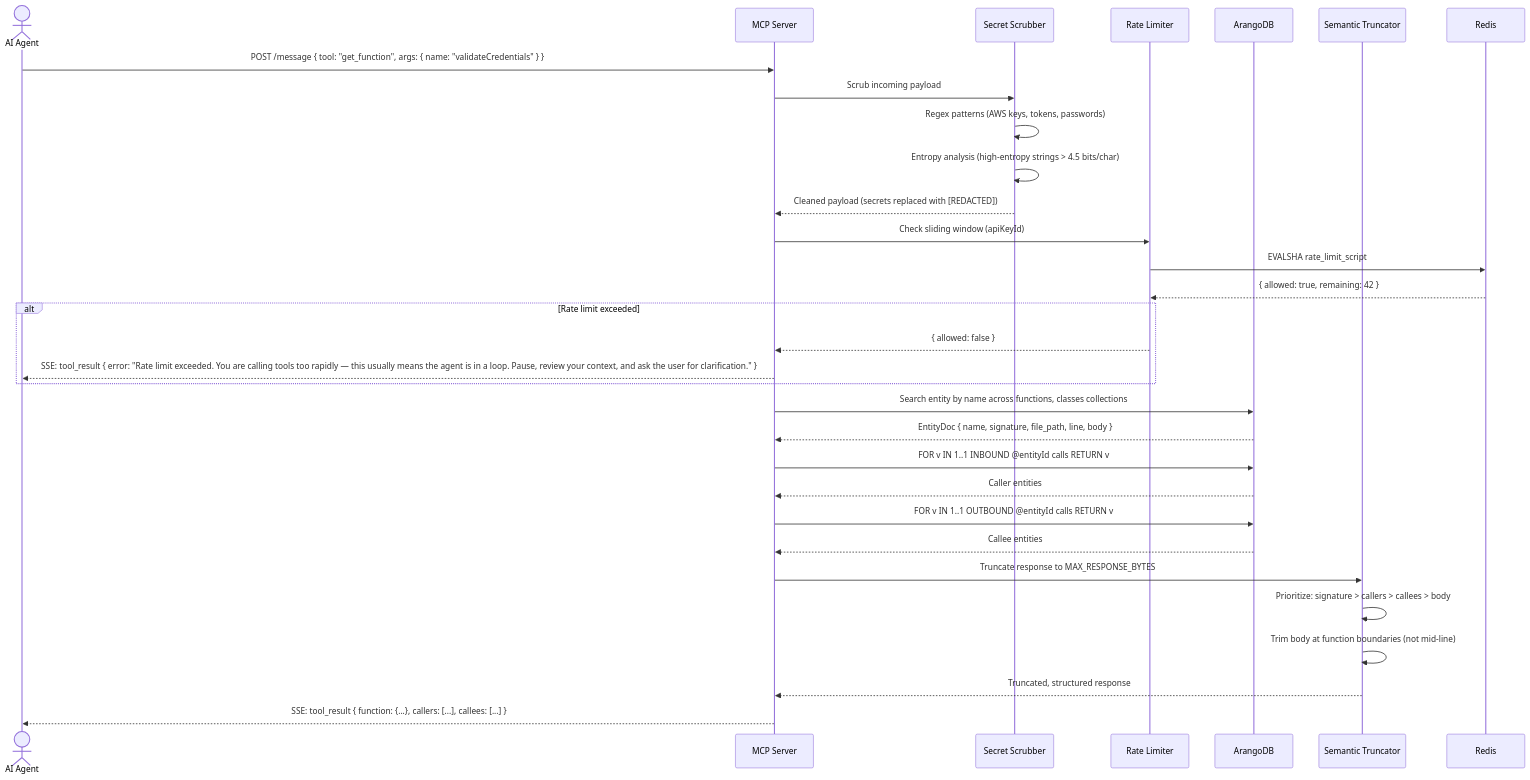
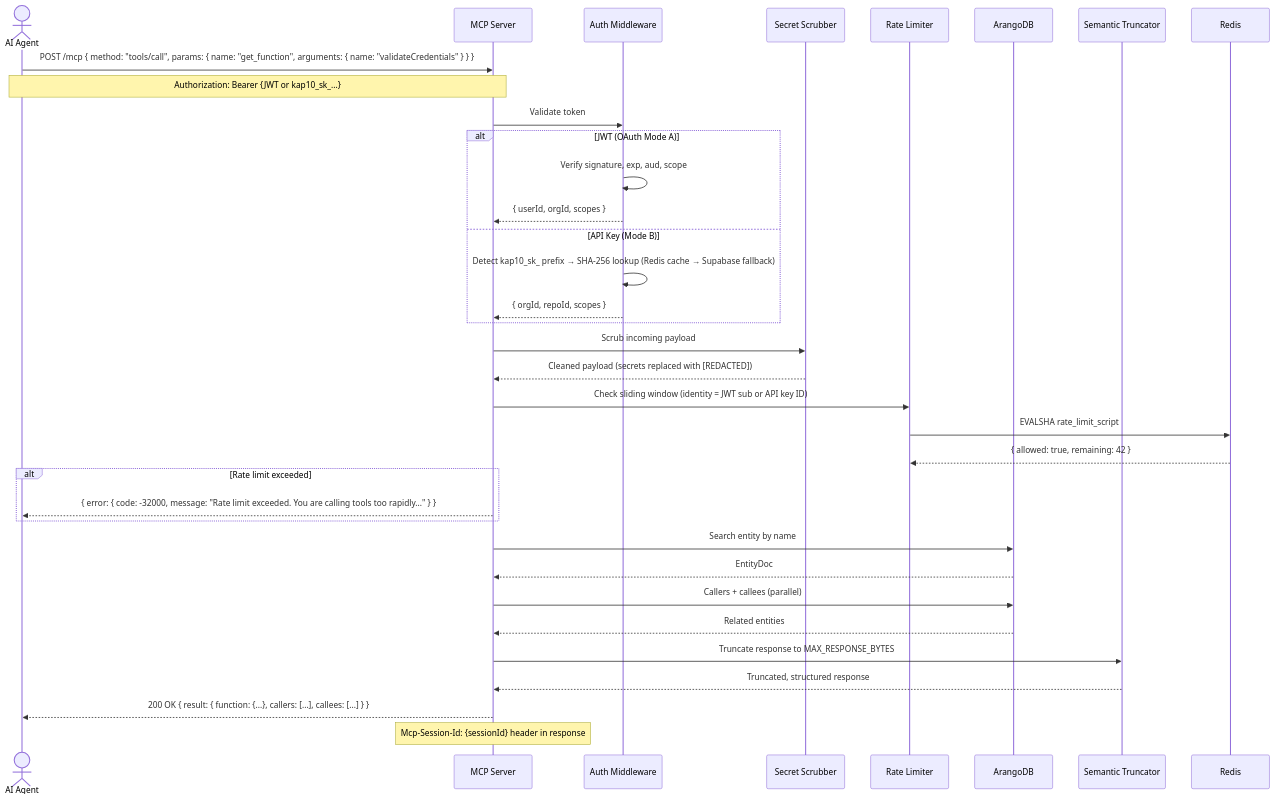
Before and after one commit to AutoRail-AI/kap10-server: the third of 5 diagrams in docs/architecture/PHASE_2_HOSTED_MCP_SERVER.md, drawn with Mermaid. The commit also changed other lines of this file and 62 other files, not shown here.

````diff
--- a/docs/architecture/PHASE_2_HOSTED_MCP_SERVER.md
+++ b/docs/architecture/PHASE_2_HOSTED_MCP_SERVER.md
@@ -148,39 +279,44 @@
 ```mermaid
 sequenceDiagram
     actor Agent as AI Agent
     participant MCP as MCP Server
+    participant Auth as Auth Middleware
     participant Scrubber as Secret Scrubber
     participant RateLimit as Rate Limiter
     participant ArangoDB
     participant Formatter as Semantic Truncator
 
-    Agent->>MCP: POST /message { tool: "get_function", args: { name: "validateCredentials" } }
+    Agent->>MCP: POST /mcp { method: "tools/call", params: { name: "get_function", arguments: { name: "validateCredentials" } } }
+    Note over Agent,MCP: Authorization: Bearer {JWT or kap10_sk_...}
+
+    MCP->>Auth: Validate token
+    alt JWT (OAuth Mode A)
+        Auth->>Auth: Verify signature, exp, aud, scope
+        Auth-->>MCP: { userId, orgId, scopes }
+    else API Key (Mode B)
+        Auth->>Auth: Detect kap10_sk_ prefix → SHA-256 lookup (Redis cache → Supabase fallback)
+        Auth-->>MCP: { orgId, repoId, scopes }
+    end
 
     MCP->>Scrubber: Scrub incoming payload
-    Scrubber->>Scrubber: Regex patterns (AWS keys, tokens, passwords)
-    Scrubber->>Scrubber: Entropy analysis (high-entropy strings > 4.5 bits/char)
     Scrubber-->>MCP: Cleaned payload (secrets replaced with [REDACTED])
 
-    MCP->>RateLimit: Check sliding window (apiKeyId)
+    MCP->>RateLimit: Check sliding window (identity = JWT sub or API key ID)
     RateLimit->>Redis: EVALSHA rate_limit_script
     Redis-->>RateLimit: { allowed: true, remaining: 42 }
 
     alt Rate limit exceeded
-        RateLimit-->>MCP: { allowed: false }
-        MCP-->>Agent: SSE: tool_result { error: "Rate limit exceeded. You are calling tools too rapidly — this usually means the agent is in a loop. Pause, review your context, and ask the user for clarification." }
+        MCP-->>Agent: { error: { code: -32000, message: "Rate limit exceeded. You are calling tools too rapidly..." } }
     end
 
-    MCP->>ArangoDB: Search entity by name across functions, classes collections
-    ArangoDB-->>MCP: EntityDoc { name, signature, file_path, line, body }
-    MCP->>ArangoDB: FOR v IN 1..1 INBOUND @entityId calls RETURN v
-    ArangoDB-->>MCP: Caller entities
-    MCP->>ArangoDB: FOR v IN 1..1 OUTBOUND @entityId calls RETURN v
-    ArangoDB-->>MCP: Callee entities
+    MCP->>ArangoDB: Search entity by name
+    ArangoDB-->>MCP: EntityDoc
+    MCP->>ArangoDB: Callers + callees (parallel)
+    ArangoDB-->>MCP: Related entities
 
     MCP->>Formatter: Truncate response to MAX_RESPONSE_BYTES
-    Formatter->>Formatter: Prioritize: signature > callers > callees > body
-    Formatter->>Formatter: Trim body at function boundaries (not mid-line)
     Formatter-->>MCP: Truncated, structured response
 
-    MCP-->>Agent: SSE: tool_result { function: {...}, callers: [...], callees: [...] }
+    MCP-->>Agent: 200 OK { result: { function: {...}, callers: [...], callees: [...] } }
+    Note over MCP: Mcp-Session-Id: {sessionId} header in response
 ```
````
